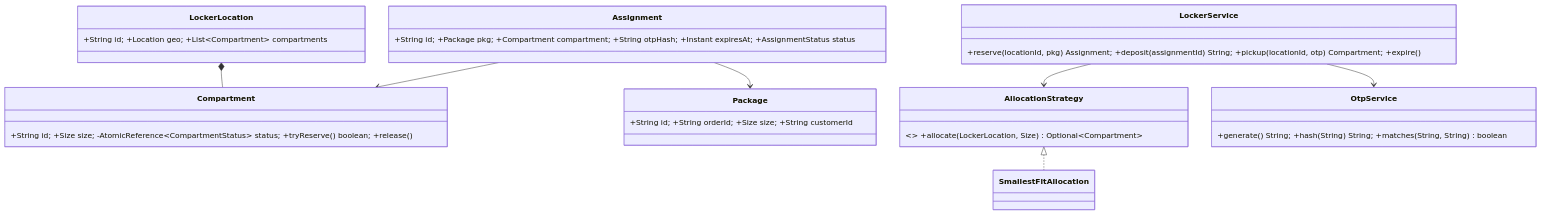
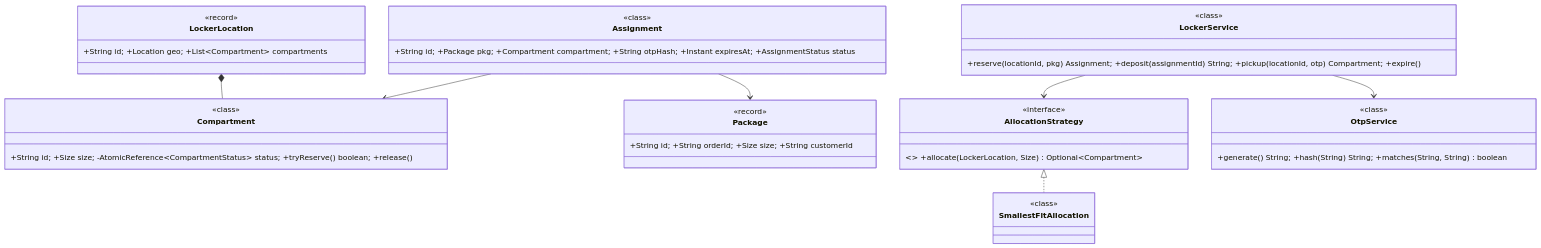
The first of 2 diagrams in system-design/lld/19-amazon-locker.md (amarkum/amarkumar.guru), drawn with Mermaid before and after one commit. The commit also changed 27 other files, not shown here.

Commit message:
Label every UML type as interface, enumeration, abstract, record or class, add missing enums, and colour-code them.

````diff
--- a/system-design/lld/19-amazon-locker.md
+++ b/system-design/lld/19-amazon-locker.md
@@ -42,17 +42,40 @@
 ```mermaid
 classDiagram
     class LockerLocation { +String id; +Location geo; +List~Compartment~ compartments }
     class Compartment { +String id; +Size size; -AtomicReference~CompartmentStatus~ status; +tryReserve() boolean; +release() }
     class Package { +String id; +String orderId; +Size size; +String customerId }
     class Assignment { +String id; +Package pkg; +Compartment compartment; +String otpHash; +Instant expiresAt; +AssignmentStatus status }
     class AllocationStrategy { <<interface>> +allocate(LockerLocation, Size) Optional~Compartment~ }
-    class SmallestFitAllocation
+    class SmallestFitAllocation {
+      <<class>>
+    }
     class OtpService { +generate() String; +hash(String) String; +matches(String, String) boolean }
     class LockerService { +reserve(locationId, pkg) Assignment; +deposit(assignmentId) String; +pickup(locationId, otp) Compartment; +expire() }
     LockerLocation *-- Compartment
     Assignment --> Compartment
     Assignment --> Package
     AllocationStrategy <|.. SmallestFitAllocation
     LockerService --> AllocationStrategy
     LockerService --> OtpService
+    class LockerService {
+      <<class>>
+    }
+    class OtpService {
+      <<class>>
+    }
+    class Assignment {
+      <<class>>
+    }
+    class Compartment {
+      <<class>>
+    }
+    class AllocationStrategy {
+      <<interface>>
+    }
+    class LockerLocation {
+      <<record>>
+    }
+    class Package {
+      <<record>>
+    }
 ```
````
